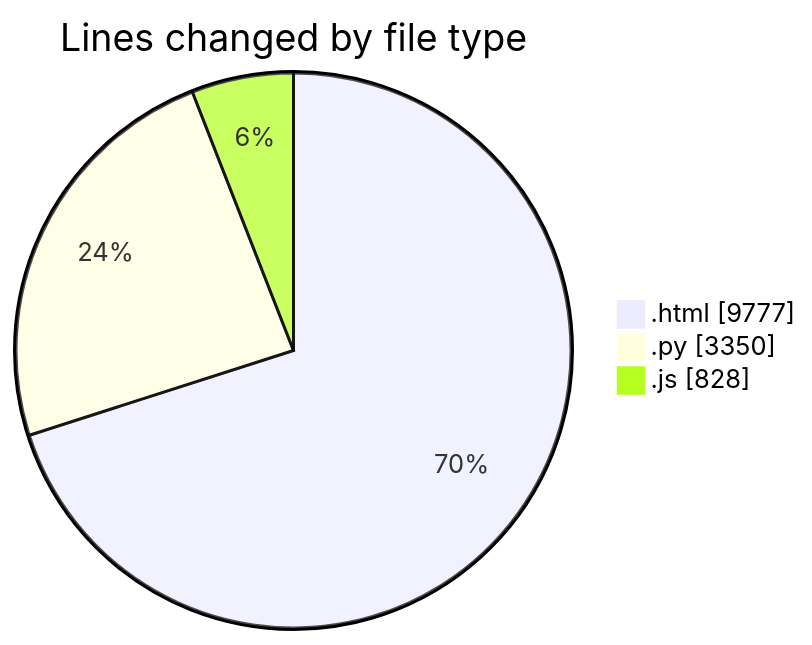
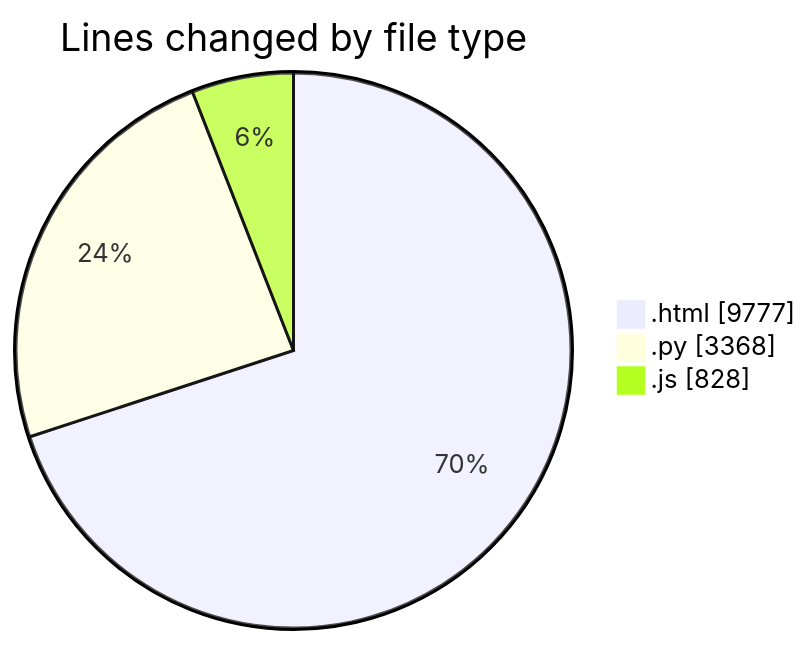
Before and after one commit to shibass792/code-tracking: the first of 2 diagrams in 2026-07-12/untitled__workspace_/README.md, drawn with Mermaid. The commit also changed other lines of this file and 1 other file, not shown here.

````diff
--- a/2026-07-12/untitled__workspace_/README.md
+++ b/2026-07-12/untitled__workspace_/README.md
@@ -29,7 +29,7 @@
 ```mermaid
 pie showData
 title Lines changed by file type
 ".html" : 9777
-".py" : 3350
+".py" : 3368
 ".js" : 828
 ```
````
